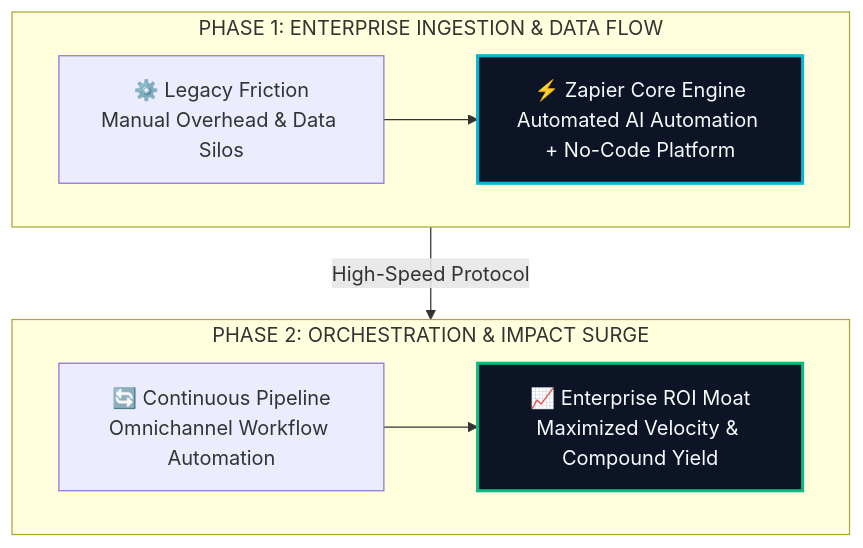
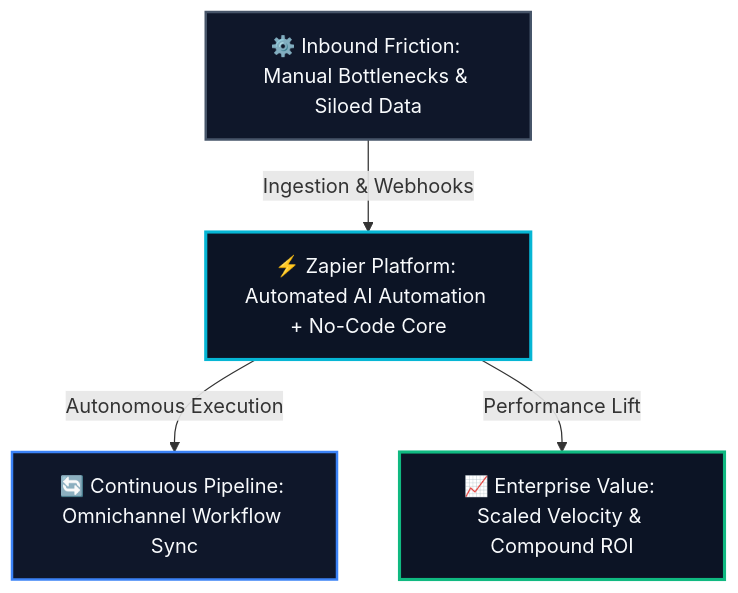
The diagram in site/src/content/blog/zapier-evolution-guide-2026.md (heliatech-media/saas-radar), drawn with Mermaid before and after one commit. The commit also changed 93 other files, not shown here.

First line of the commit message:
fix(diagrams): resolve dagre-d3 subgraph collision by migrating to balanced 3-tier Hub & Spoke architecture

````diff
--- a/site/src/content/blog/zapier-evolution-guide-2026.md
+++ b/site/src/content/blog/zapier-evolution-guide-2026.md
@@ -52,14 +52,14 @@
 ```mermaid
 flowchart TD
-    subgraph S1["PHASE 1: ENTERPRISE INGESTION & DATA FLOW"]
-        direction LR
-        A["⚙️ Legacy Friction<br/>Manual Overhead & Data Silos"] --> B["⚡ Zapier Core Engine<br/>Automated AI Automation + No-Code Platform"]
-    end
-    subgraph S2["PHASE 2: ORCHESTRATION & IMPACT SURGE"]
-        direction LR
-        C["🔄 Continuous Pipeline<br/>Omnichannel Workflow Automation"] --> D["📈 Enterprise ROI Moat<br/>Maximized Velocity & Compound Yield"]
-    end
-    S1 -->|High-Speed Protocol| S2
-    style B fill:#0c1425,stroke:#06b6d4,stroke-width:2.5px,color:#f8fafc
-    style D fill:#0c1425,stroke:#10b981,stroke-width:2.5px,color:#f8fafc
+    Inp["⚙️ Inbound Friction: Manual Bottlenecks & Siloed Data"]
+    Eng["⚡ Zapier Platform: Automated AI Automation + No-Code Core"]
+    Out1["🔄 Continuous Pipeline: Omnichannel Workflow Sync"]
+    Out2["📈 Enterprise Value: Scaled Velocity & Compound ROI"]
+    Inp -->|Ingestion & Webhooks| Eng
+    Eng -->|Autonomous Execution| Out1
+    Eng -->|Performance Lift| Out2
+    style Inp fill:#0f172a,stroke:#475569,stroke-width:2px,color:#f8fafc
+    style Eng fill:#0c1425,stroke:#06b6d4,stroke-width:2.5px,color:#f8fafc
+    style Out1 fill:#0f172a,stroke:#3b82f6,stroke-width:2px,color:#f8fafc
+    style Out2 fill:#0c1425,stroke:#10b981,stroke-width:2.5px,color:#f8fafc
 ```
````
